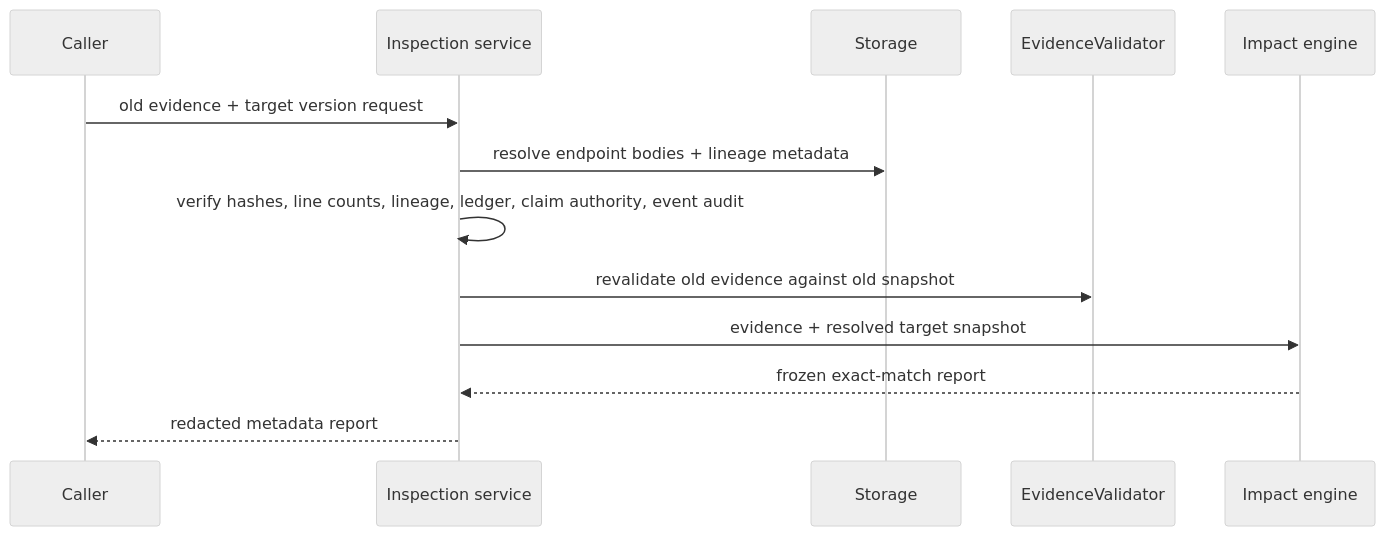
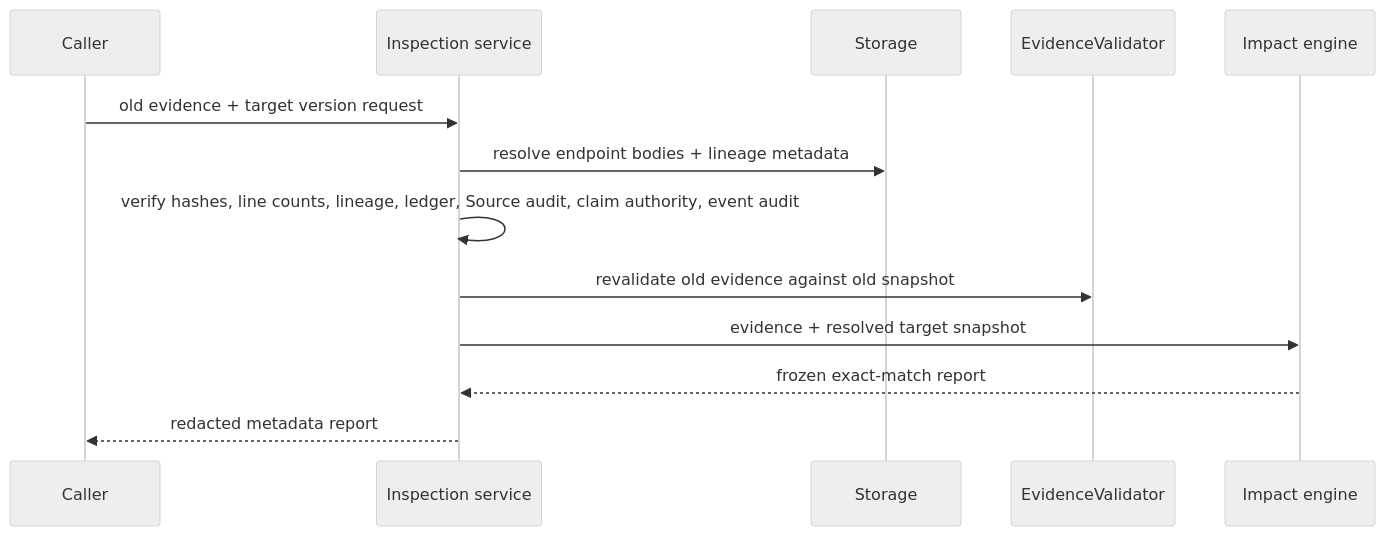
The fourth of 4 diagrams in docs/ARCHITECTURE.md (Lorenzo-Holmes/ContinuityForge), drawn with Mermaid (neutral theme) before and after one commit. The commit also changed other lines of this file and 15 other files, not shown here.

````diff
--- a/docs/ARCHITECTURE.md
+++ b/docs/ARCHITECTURE.md
@@ -115,16 +117,16 @@
 ```mermaid
 sequenceDiagram
     participant C as Caller
     participant IS as Inspection service
     participant S as Storage
     participant EV as EvidenceValidator
     participant IM as Impact engine
 
     C->>IS: old evidence + target version request
     IS->>S: resolve endpoint bodies + lineage metadata
-    IS->>IS: verify hashes, line counts, lineage, ledger, claim authority, event audit
+    IS->>IS: verify hashes, line counts, lineage, ledger, Source audit, claim authority, event audit
     IS->>EV: revalidate old evidence against old snapshot
     IS->>IM: evidence + resolved target snapshot
     IM-->>IS: frozen exact-match report
     IS-->>C: redacted metadata report
 ```
````
